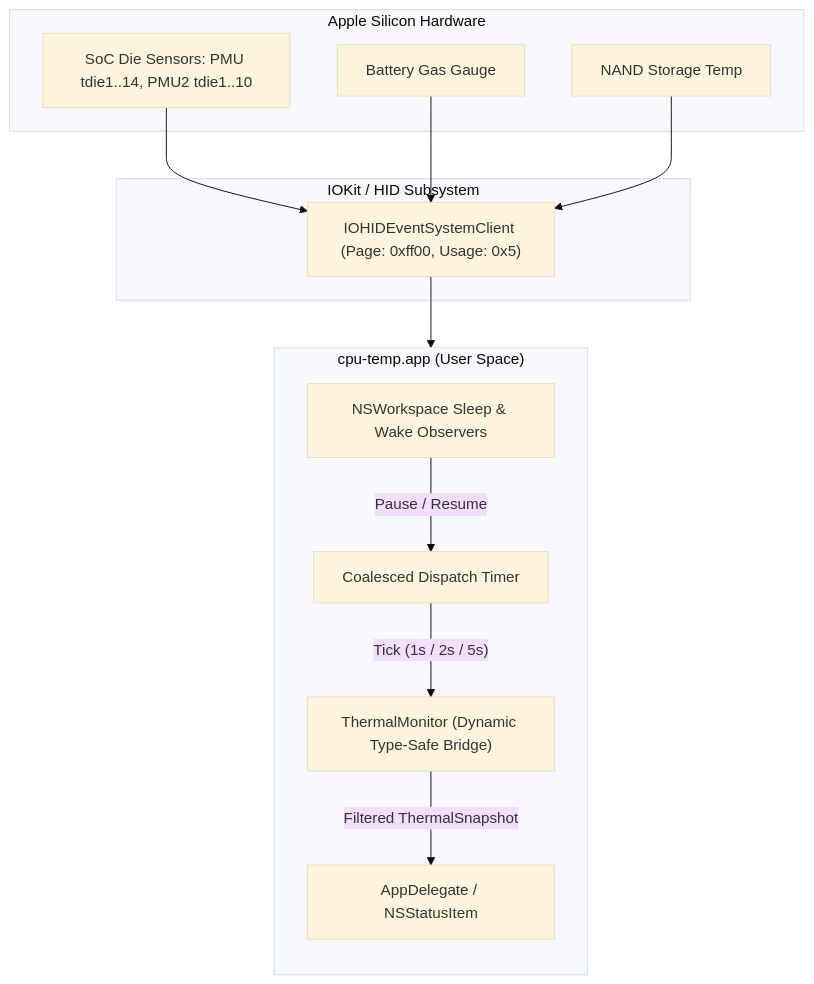
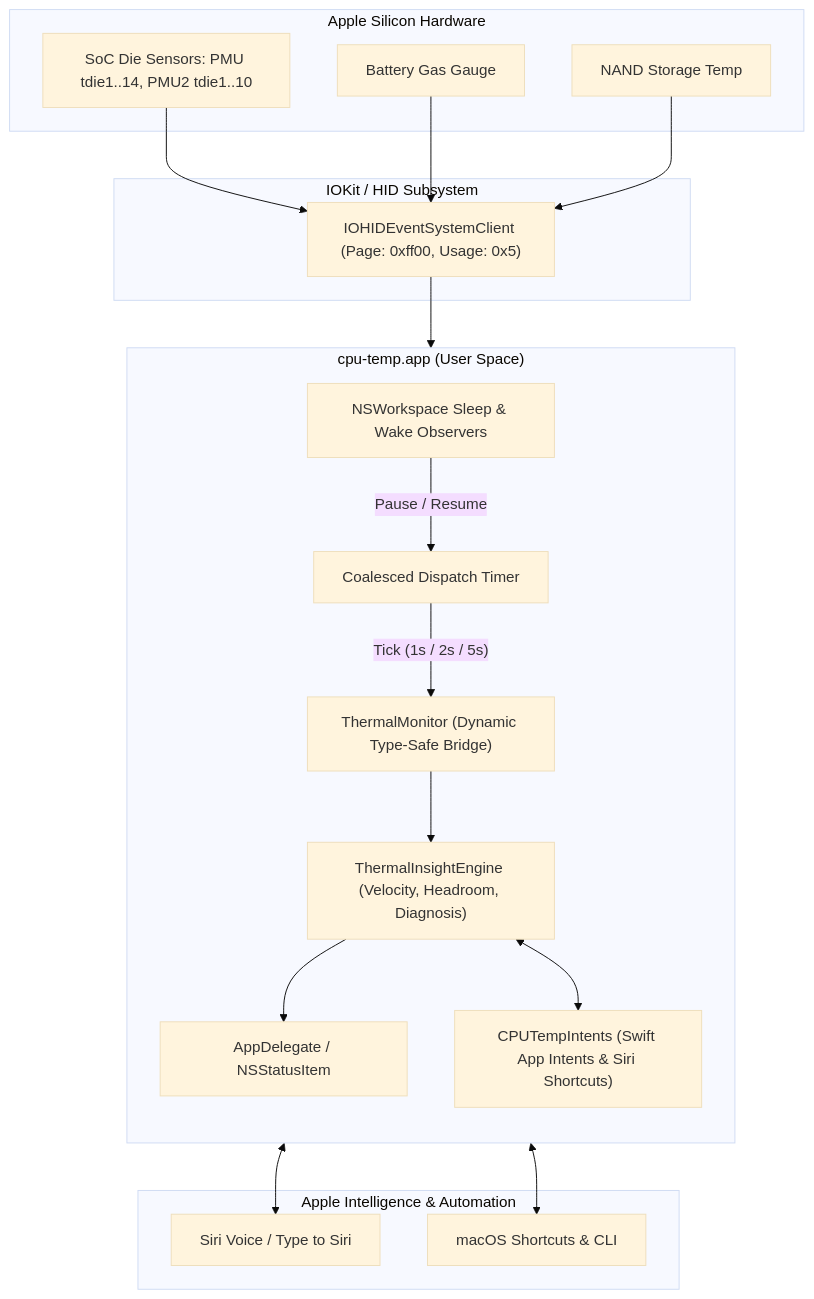
The diagram in README.md (jpferreria/mac-cpu-temp), drawn with Mermaid (base theme) before and after one commit. The commit also changed other lines of this file, not shown here.

Commit message:
docs: update README with Apple Intelligence features, Homebrew installation, and CLI examples

````diff
--- a/README.md
+++ b/README.md
@@ -75,26 +84,36 @@
 ```mermaid
 flowchart TD
     subgraph Hardware ["Apple Silicon Hardware"]
         SOC["SoC Die Sensors: PMU tdie1..14, PMU2 tdie1..10"]
         BAT["Battery Gas Gauge"]
         NAND["NAND Storage Temp"]
     end
 
     subgraph Driver ["IOKit / HID Subsystem"]
         IOHID["IOHIDEventSystemClient (Page: 0xff00, Usage: 0x5)"]
     end
 
     subgraph App ["cpu-temp.app (User Space)"]
         direction TB
         Bridge["ThermalMonitor (Dynamic Type-Safe Bridge)"]
+        Engine["ThermalInsightEngine (Velocity, Headroom, Diagnosis)"]
+        Intents["CPUTempIntents (Swift App Intents & Siri Shortcuts)"]
         Timer["Coalesced Dispatch Timer"]
         UI["AppDelegate / NSStatusItem"]
         Power["NSWorkspace Sleep & Wake Observers"]
     end
 
+    subgraph SystemAI ["Apple Intelligence & Automation"]
+        Siri["Siri Voice / Type to Siri"]
+        Shortcuts["macOS Shortcuts & CLI"]
+    end
+
     SOC & BAT & NAND --> IOHID
     IOHID --> Bridge
+    Bridge --> Engine
     Timer -->|"Tick (1s / 2s / 5s)"| Bridge
     Power -->|"Pause / Resume"| Timer
-    Bridge -->|"Filtered ThermalSnapshot"| UI
+    Engine --> UI
+    Engine <--> Intents
+    Intents <--> Siri & Shortcuts
 ```
````
